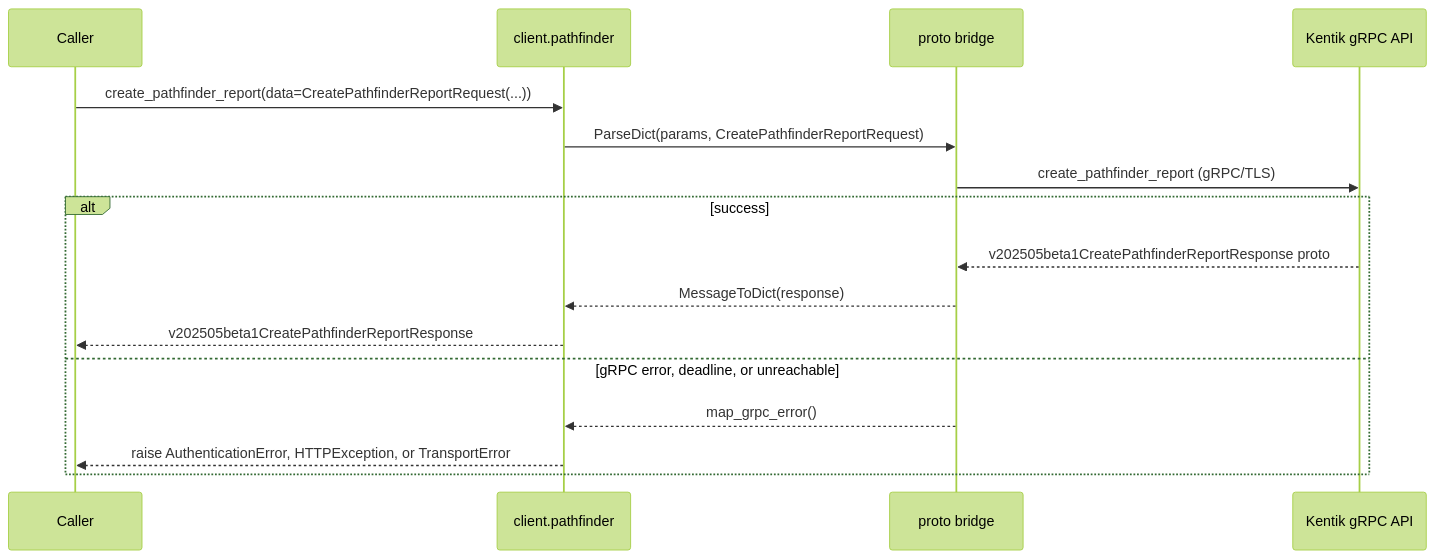
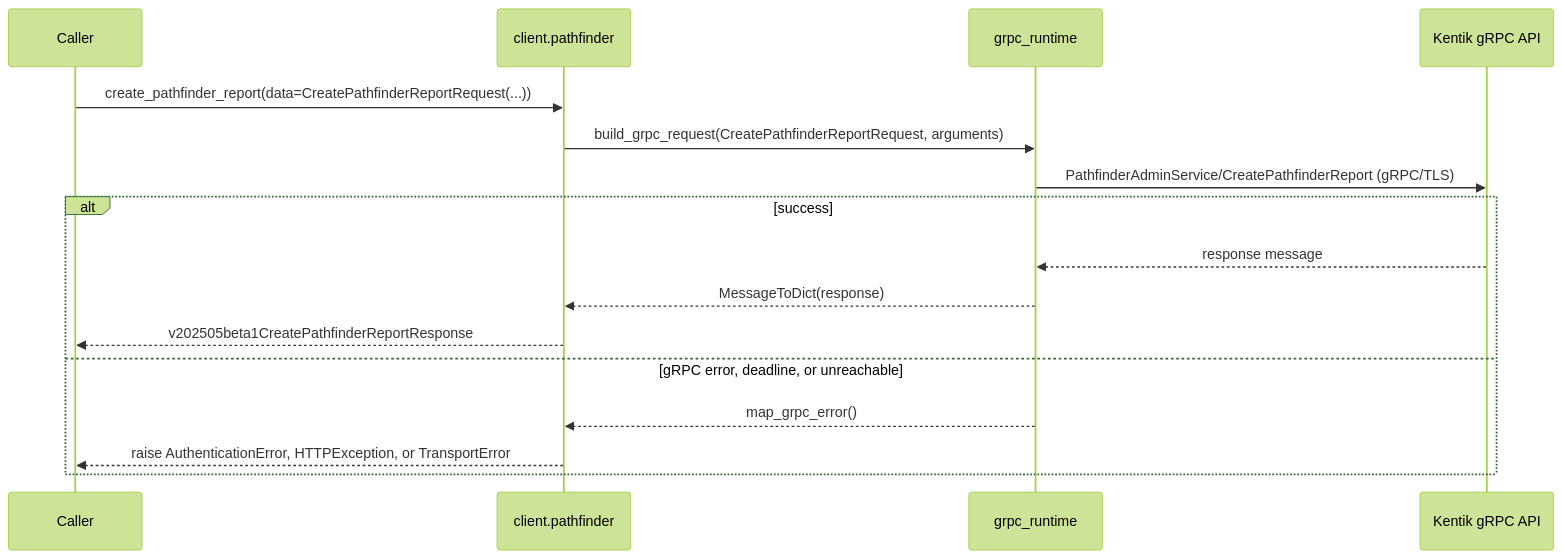
The third of 4 diagrams in docs/sphinx/services/pathfinder.md (alexdearaujo/community_sdk_python), drawn with Mermaid (forest theme) before and after one commit. The commit also changed 37 other files, not shown here.

First line of the commit message:
docs: show the real RPC in each service page's gRPC diagram

````diff
--- a/docs/sphinx/services/pathfinder.md
+++ b/docs/sphinx/services/pathfinder.md
@@ -59,19 +59,19 @@
 ```mermaid
 sequenceDiagram
     participant C as Caller
     participant W as client.pathfinder
-    participant B as proto bridge
+    participant R as grpc_runtime
     participant API as Kentik gRPC API
 
     C->>W: create_pathfinder_report(data=CreatePathfinderReportRequest(...))
-    W->>B: ParseDict(params, CreatePathfinderReportRequest)
-    B->>API: create_pathfinder_report (gRPC/TLS)
+    W->>R: build_grpc_request(CreatePathfinderReportRequest, arguments)
+    R->>API: PathfinderAdminService/CreatePathfinderReport (gRPC/TLS)
     alt success
-        API-->>B: v202505beta1CreatePathfinderReportResponse proto
-        B-->>W: MessageToDict(response)
+        API-->>R: response message
+        R-->>W: MessageToDict(response)
         W-->>C: v202505beta1CreatePathfinderReportResponse
     else gRPC error, deadline, or unreachable
-        B-->>W: map_grpc_error()
+        R-->>W: map_grpc_error()
         W-->>C: raise AuthenticationError, HTTPException, or TransportError
     end
 ```
````
